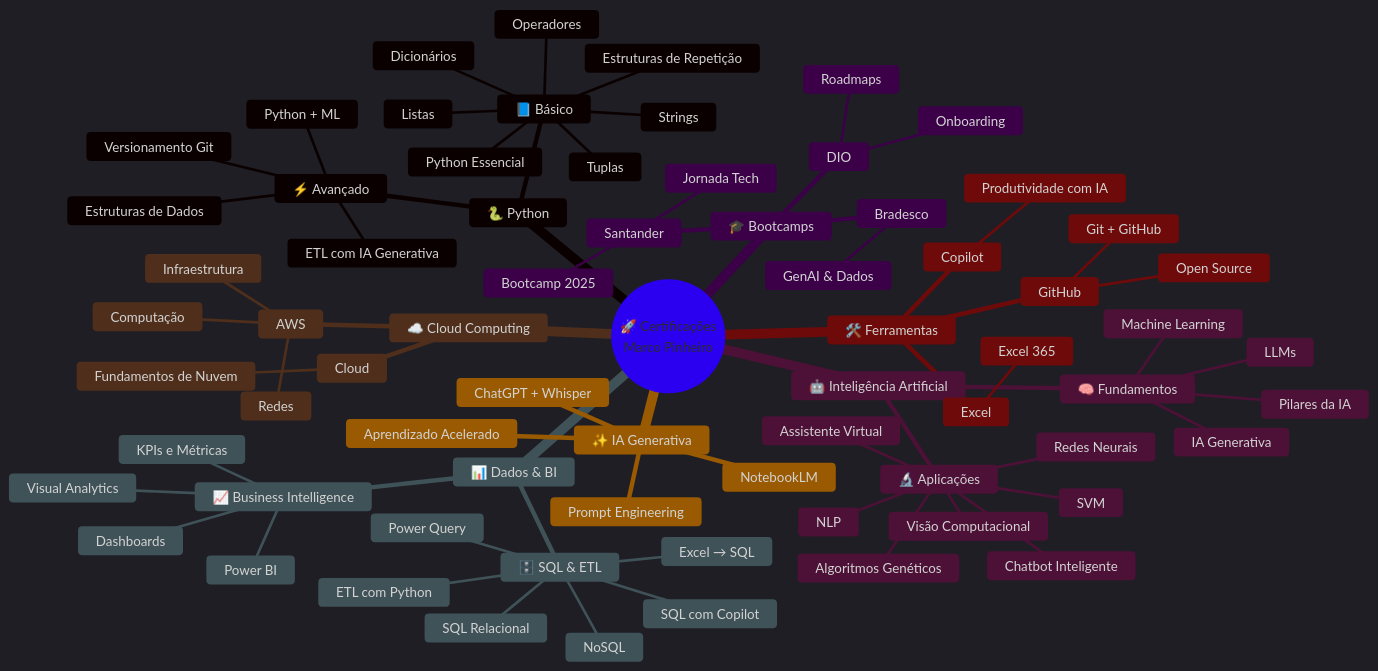
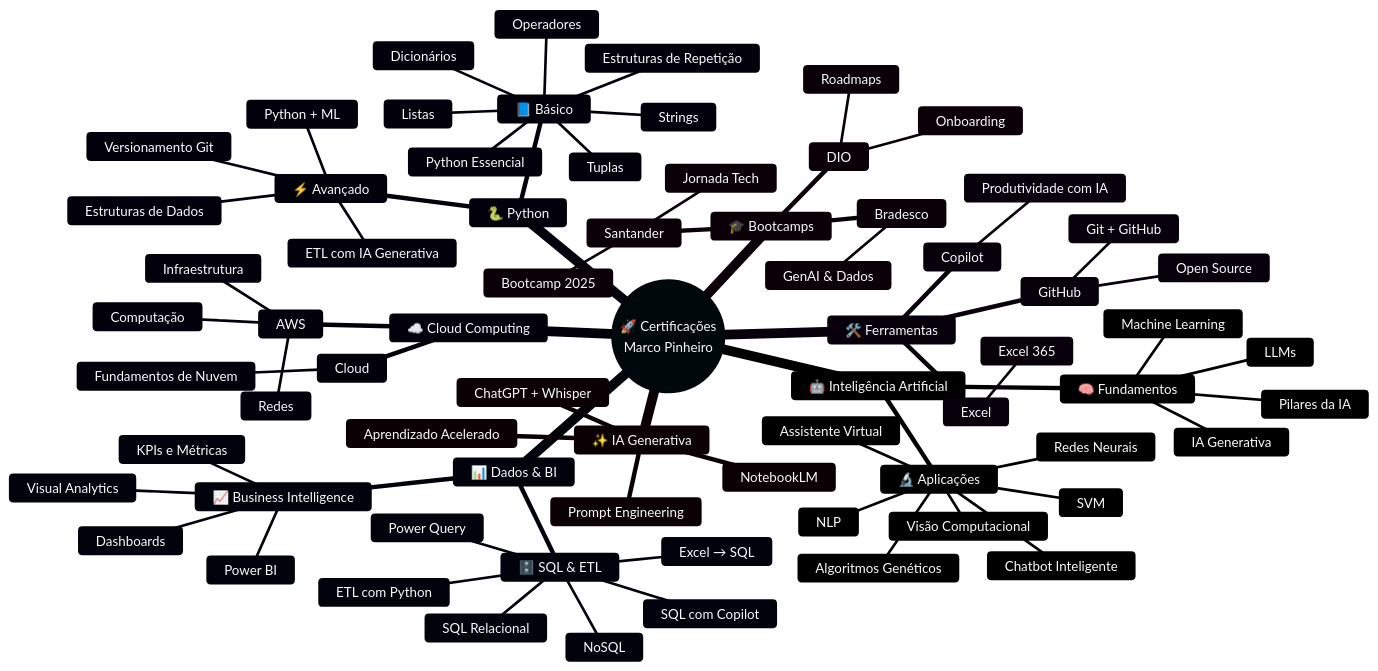
Before and after one commit to marco-dev-pinheiro/marco-dev-pinheiro: the diagram in README.md, drawn with Mermaid.

Commit message:
Change Mermaid theme from dark to base

````diff
--- a/README.md
+++ b/README.md
@@ -9,7 +9,7 @@
 ```mermaid
 
 %%{init: {
-  "theme": "dark",
+  "theme": "base",
   "themeVariables": {
     "background": "#0A1020",
 
````
